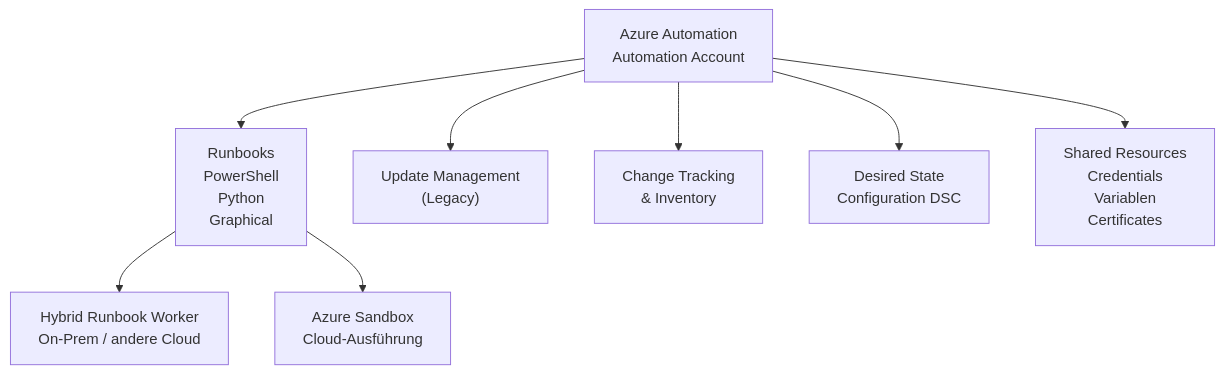
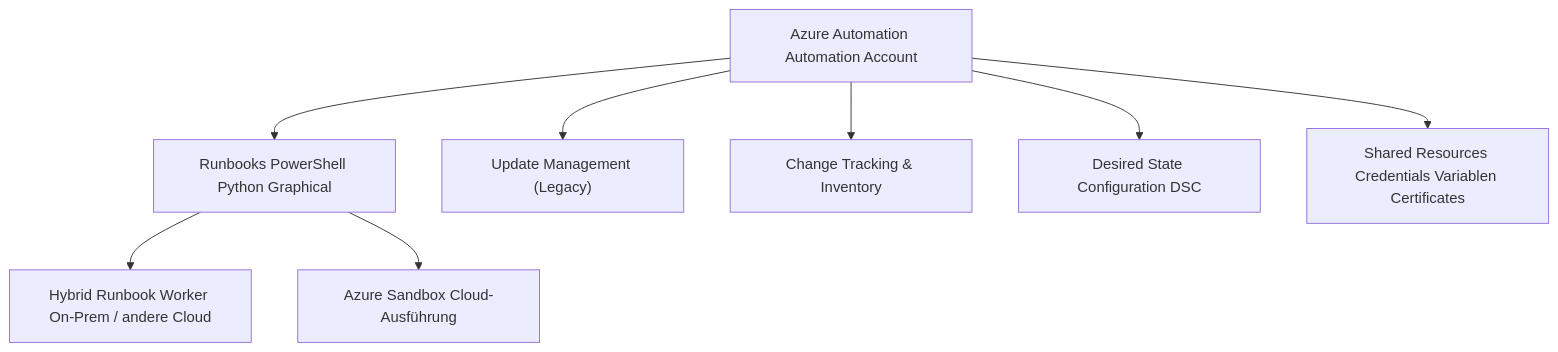
The first of 4 diagrams in Microsoft 365/Azure/Monitor und Management/Azure Automation.md (SoniiiT/notes-n-docs), drawn with Mermaid before and after one commit. The commit also changed other lines of this file and 124 other files, not shown here.

First line of the commit message:
fix: Entferne \n aus allen Mermaid-Diagrammen (125 Dateien)

````diff
--- a/Microsoft 365/Azure/Monitor und Management/Azure Automation.md
+++ b/Microsoft 365/Azure/Monitor und Management/Azure Automation.md
@@ -35,19 +35,19 @@
 ```mermaid
 graph TD
-    AA["Azure Automation\nAutomation Account"]
-    Runbooks["Runbooks\nPowerShell\nPython\nGraphical"]
-    HRW["Hybrid Runbook Worker\nOn-Prem / andere Cloud"]
-    Sandbox["Azure Sandbox\nCloud-Ausführung"]
-    UM["Update Management\n(Legacy)"]
-    CT["Change Tracking\n& Inventory"]
-    DSC["Desired State\nConfiguration DSC"]
-    Shared["Shared Resources\nCredentials\nVariablen\nCertificates"]
+    AA["Azure Automation Automation Account"]
+    Runbooks["Runbooks PowerShell Python Graphical"]
+    HRW["Hybrid Runbook Worker On-Prem / andere Cloud"]
+    Sandbox["Azure Sandbox Cloud-Ausführung"]
+    UM["Update Management (Legacy)"]
+    CT["Change Tracking & Inventory"]
+    DSC["Desired State Configuration DSC"]
+    Shared["Shared Resources Credentials Variablen Certificates"]
 
     AA --> Runbooks
     AA --> UM
     AA --> CT
     AA --> DSC
     AA --> Shared
     Runbooks --> HRW
     Runbooks --> Sandbox
 ```
````
